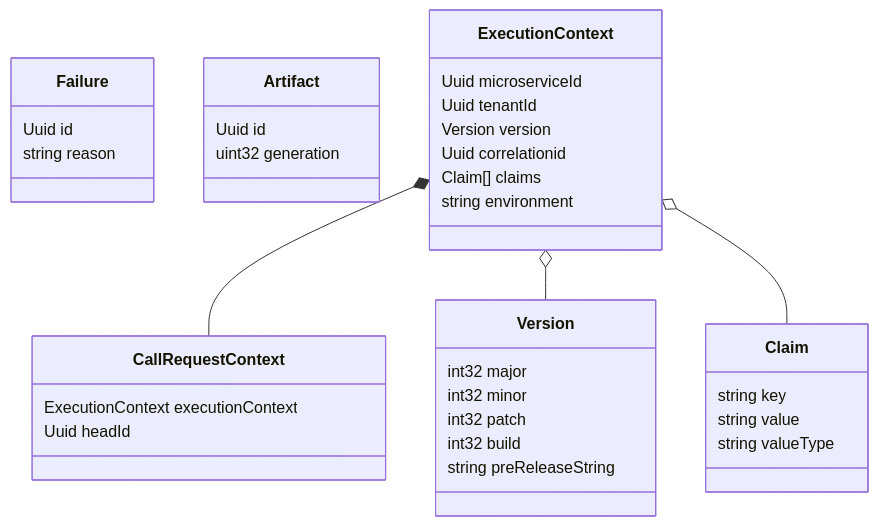
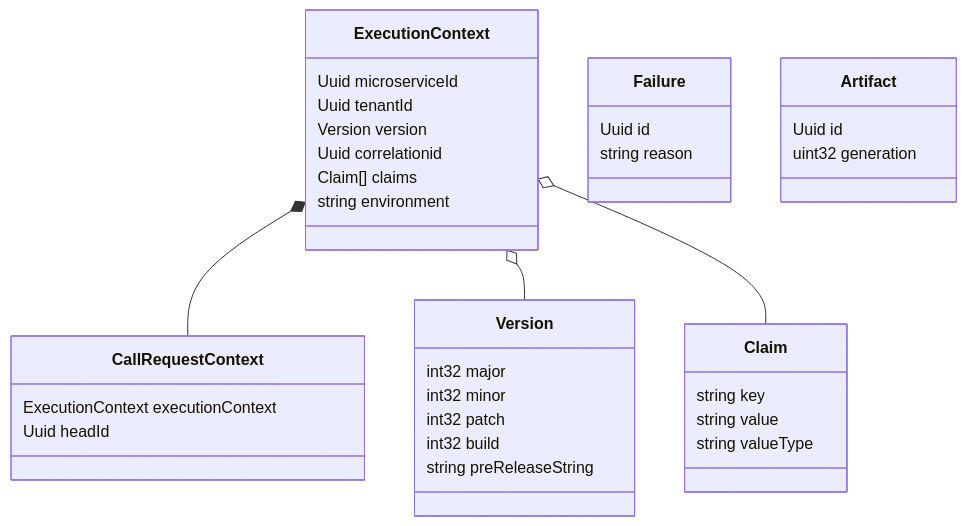
The diagram in Documentation/References/Services/types.md (dolittle/Runtime), drawn with Mermaid before and after one commit. The commit also changed other lines of this file and 1 other file, not shown here.

```diff
--- a/Documentation/References/Services/types.md
+++ b/Documentation/References/Services/types.md
@@ -7,38 +7,38 @@
 <div class="mermaid">
 classDiagram
-    class Failure{
-        Uuid id
-        string reason
-    }
-    class Artifact{
-        Uuid id
-        uint32 generation
-    }
     class CallRequestContext{
         ExecutionContext executionContext
         Uuid headId
     }
     class ExecutionContext{
         Uuid microserviceId
         Uuid tenantId
         Version version
         Uuid correlationid
         Claim[] claims
         string environment
     }
     class Version{
         int32 major
         int32 minor
         int32 patch
         int32 build
         string preReleaseString
     }
     class Claim{
         string key
         string value
         string valueType
     }
+    class Failure{
+        Uuid id
+        string reason
+    }
+    class Artifact{
+        Uuid id
+        uint32 generation
+    }
     ExecutionContext *-- CallRequestContext
     ExecutionContext o-- Version
     ExecutionContext o-- Claim
 </div>
```
